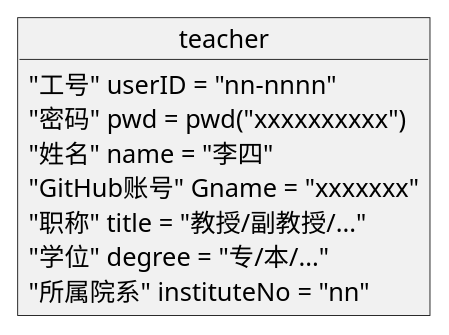
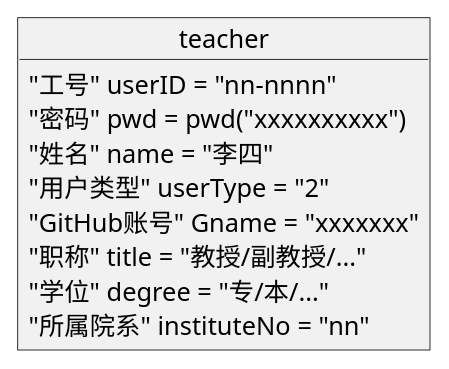
Before and after one commit to 201610414130/is_analysis-4: the second of 10 diagrams in test6/objectView.pu, drawn with PlantUML. The commit also changed other lines of this file and 7 other files, not shown here.

```diff
--- a/test6/objectView.pu
+++ b/test6/objectView.pu
@@ -12,11 +13,12 @@
 @startuml teacher
 object teacher{
     "工号" userID = "nn-nnnn"
     "密码" pwd = pwd("xxxxxxxxxx")
     "姓名" name = "李四"
+    "用户类型" userType = "2"
     "GitHub账号" Gname = "xxxxxxx"
     "职称" title = "教授/副教授/..."
     "学位" degree = "专/本/..."
     "所属院系" instituteNo = "nn"
 }
 @enduml
```
